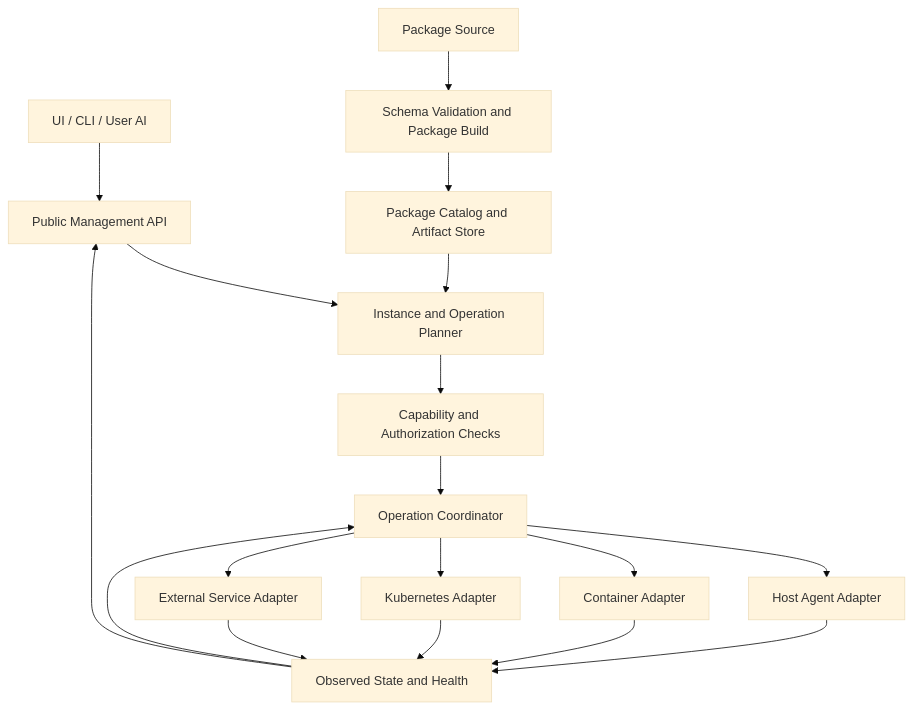
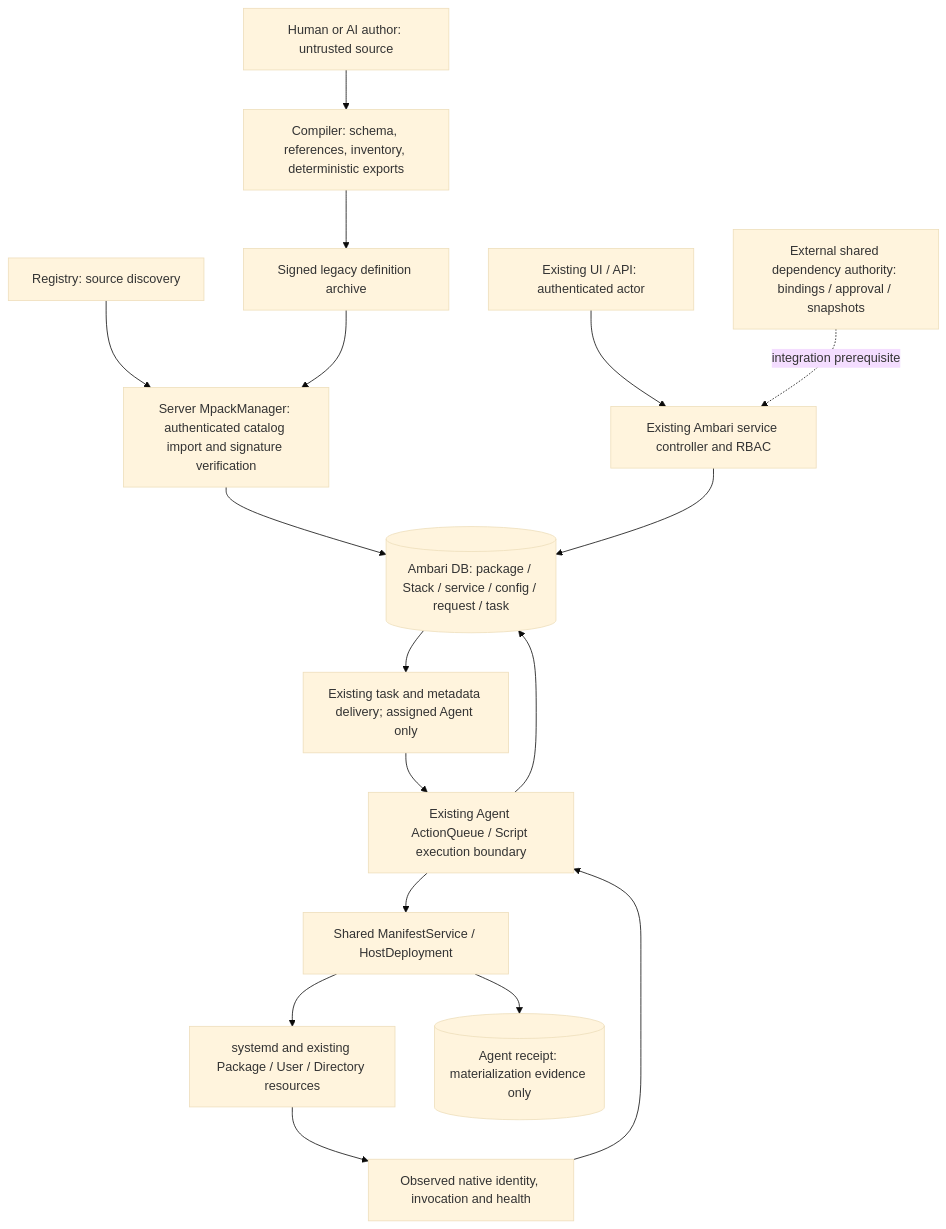
Before and after one commit to JiaLiangC/ambari: the diagram in docs/mpack-v2/architecture.md, drawn with Mermaid (base theme). The commit also changed other lines of this file and 128 other files, not shown here.

First line of the commit message:
AMBARI-14714: Harden declarative host execution and consolidate architecture review

````diff
--- a/docs/mpack-v2/architecture.md
+++ b/docs/mpack-v2/architecture.md
@@ -165,20 +60,19 @@
 ```mermaid
-flowchart TB
-  User[UI / CLI / User AI] --> API[Public Management API]
-  Author[Package Source] --> Compiler[Schema Validation and Package Build]
-  Compiler --> Catalog[Package Catalog and Artifact Store]
-  API --> Planner[Instance and Operation Planner]
-  Catalog --> Planner
-  Planner --> Policy[Capability and Authorization Checks]
-  Policy --> Coordinator[Operation Coordinator]
-  Coordinator --> Host[Host Agent Adapter]
-  Coordinator --> Container[Container Adapter]
-  Coordinator --> K8s[Kubernetes Adapter]
-  Coordinator --> External[External Service Adapter]
-  Host --> Observation[Observed State and Health]
-  Container --> Observation
-  K8s --> Observation
-  External --> Observation
-  Observation --> Coordinator
-  Observation --> API
+flowchart TD
+  A[Human or AI author: untrusted source] --> C[Compiler: schema, references, inventory, deterministic exports]
+  C --> B[Signed legacy definition archive]
+  R[Registry: source discovery] --> I
+  B --> I[Server MpackManager: authenticated catalog import and signature verification]
+  U[Existing UI / API: authenticated actor] --> S[Existing Ambari service controller and RBAC]
+  I --> DB[(Ambari DB: package / Stack / service / config / request / task)]
+  S --> DB
+  DB --> T[Existing task and metadata delivery; assigned Agent only]
+  T --> AG[Existing Agent ActionQueue / Script execution boundary]
+  AG --> H[Shared ManifestService / HostDeployment]
+  H --> N[systemd and existing Package / User / Directory resources]
+  H --> L[(Agent receipt: materialization evidence only)]
+  N --> O[Observed native identity, invocation and health]
+  O --> AG
+  AG --> DB
+  D[External shared dependency authority: bindings / approval / snapshots] -. integration prerequisite .-> S
 ```
````
